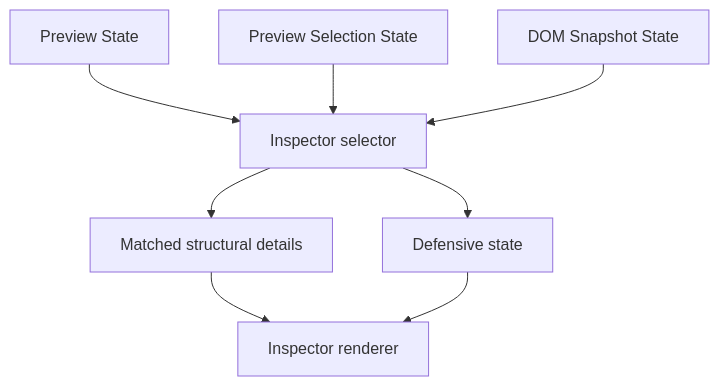
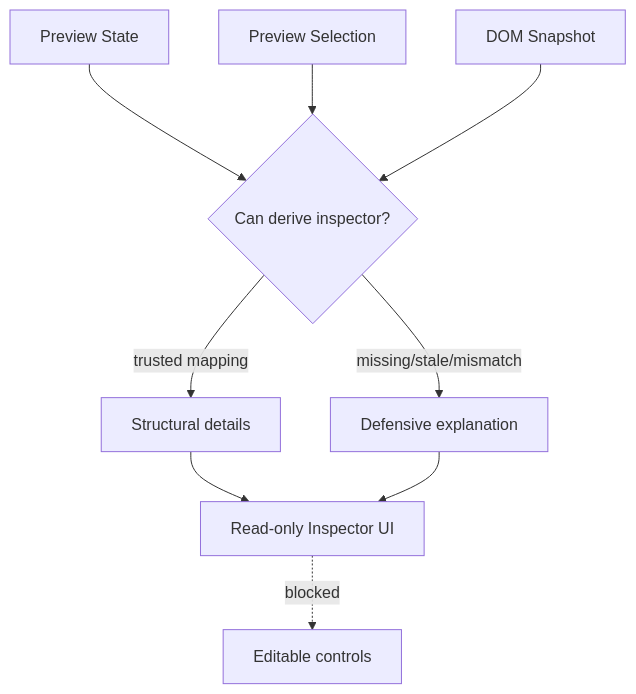
The diagram in docs/architecture/preview/preview-inspector.md (krestosa/Crystal), drawn with Mermaid before and after one commit. The commit also changed other lines of this file and 12 other files, not shown here.

````diff
--- a/docs/architecture/preview/preview-inspector.md
+++ b/docs/architecture/preview/preview-inspector.md
@@ -15,10 +65,11 @@
 ```mermaid
 flowchart TD
-  PreviewState[Preview State] --> Selector[Inspector selector]
-  SelectionState[Preview Selection State] --> Selector
-  SnapshotState[DOM Snapshot State] --> Selector
-  Selector --> Matched[Matched structural details]
-  Selector --> Defensive[Defensive state]
-  Matched --> Renderer[Inspector renderer]
+  Preview[Preview State] --> Selector{Can derive inspector?}
+  Selection[Preview Selection] --> Selector
+  Snapshot[DOM Snapshot] --> Selector
+  Selector -->|trusted mapping| Details[Structural details]
+  Selector -->|missing/stale/mismatch| Defensive[Defensive explanation]
+  Details --> Renderer[Read-only Inspector UI]
   Defensive --> Renderer
+  Renderer -. blocked .-> Edit[Editable controls]
 ```
````
